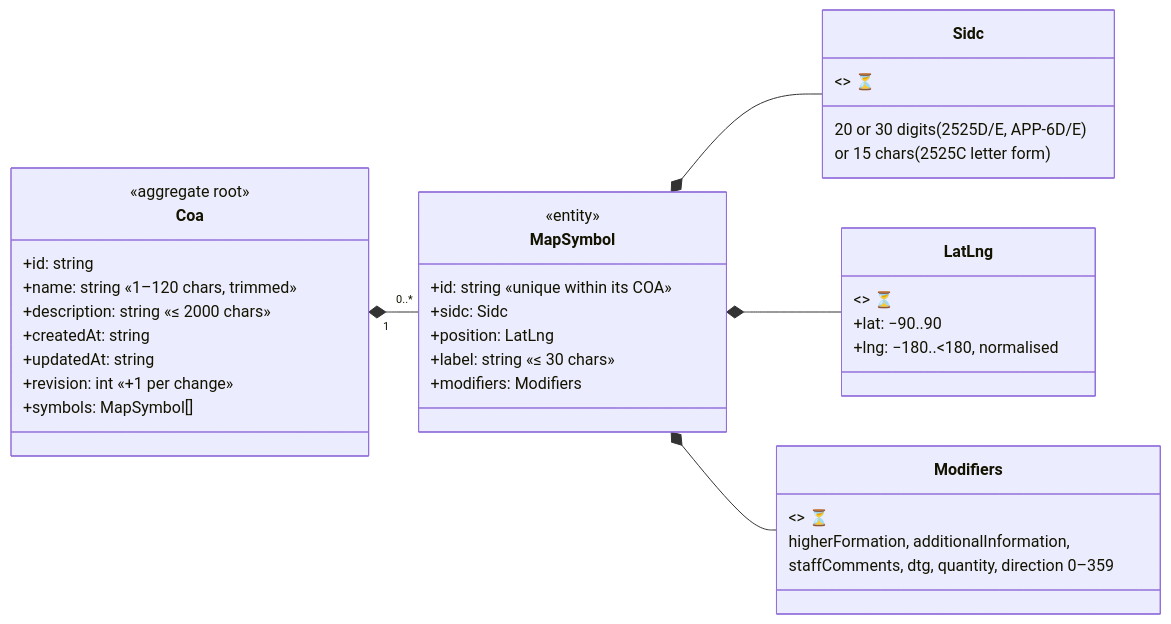
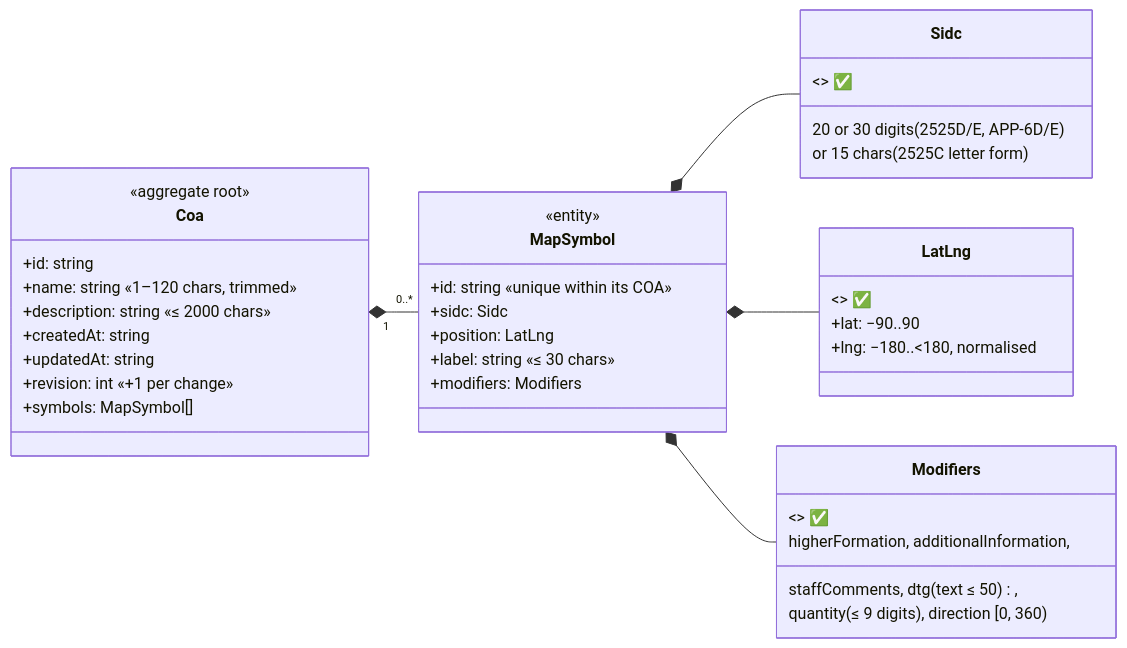
The fourth of 9 diagrams in docs/ARCHITECTURE.md (kentongoldthorpe/sidc), drawn with Mermaid before and after one commit. The commit also changed other lines of this file and 8 other files, not shown here.

````diff
--- a/docs/ARCHITECTURE.md
+++ b/docs/ARCHITECTURE.md
@@ -116,41 +116,42 @@
 ```mermaid
 classDiagram
   direction LR
   class Coa {
     <<aggregate root>>
     +id: string
     +name: string  «1–120 chars, trimmed»
     +description: string  «≤ 2000 chars»
     +createdAt: string
     +updatedAt: string
     +revision: int  «+1 per change»
     +symbols: MapSymbol[]
   }
   class MapSymbol {
     <<entity>>
     +id: string  «unique within its COA»
     +sidc: Sidc
     +position: LatLng
     +label: string  «≤ 30 chars»
     +modifiers: Modifiers
   }
   class Sidc {
-    <<value object>> ⏳
+    <<value object>> ✅
     20 or 30 digits (2525D/E, APP-6D/E)
     or 15 chars (2525C letter form)
   }
   class LatLng {
-    <<value object>> ⏳
+    <<value object>> ✅
     +lat: −90..90
     +lng: −180..<180, normalised
   }
   class Modifiers {
-    <<value object>> ⏳
+    <<value object>> ✅
     higherFormation, additionalInformation,
-    staffComments, dtg, quantity, direction 0–359
+    staffComments, dtg (text ≤ 50),
+    quantity (≤ 9 digits), direction [0, 360)
   }
   Coa "1" *-- "0..*" MapSymbol
   MapSymbol *-- Sidc
   MapSymbol *-- LatLng
   MapSymbol *-- Modifiers
 ```
````
